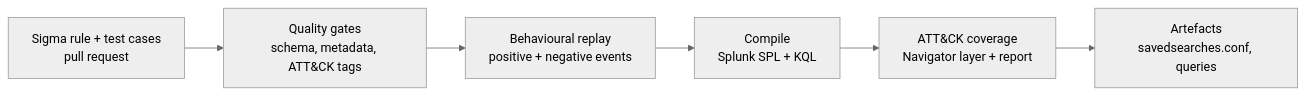
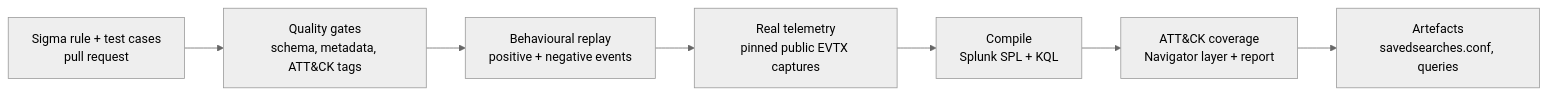
Before and after one commit to sackeyyooku/detection-as-code: the diagram in README.md, drawn with Mermaid (neutral theme). The commit also changed other lines of this file and 6 other files, not shown here.

Commit message:
Update CI, docs and README; add telemetry sweep report

````diff
--- a/README.md
+++ b/README.md
@@ -17,8 +17,9 @@
 ```mermaid
 flowchart LR
     A[Sigma rule + test cases<br/>pull request] --> B[Quality gates<br/>schema, metadata, ATT&CK tags]
     B --> C[Behavioural replay<br/>positive + negative events]
-    C --> D[Compile<br/>Splunk SPL + KQL]
-    D --> E[ATT&CK coverage<br/>Navigator layer + report]
-    E --> F[Artefacts<br/>savedsearches.conf, queries]
+    C --> D[Real telemetry<br/>pinned public EVTX captures]
+    D --> E[Compile<br/>Splunk SPL + KQL]
+    E --> F[ATT&CK coverage<br/>Navigator layer + report]
+    F --> G[Artefacts<br/>savedsearches.conf, queries]
 ```
````
